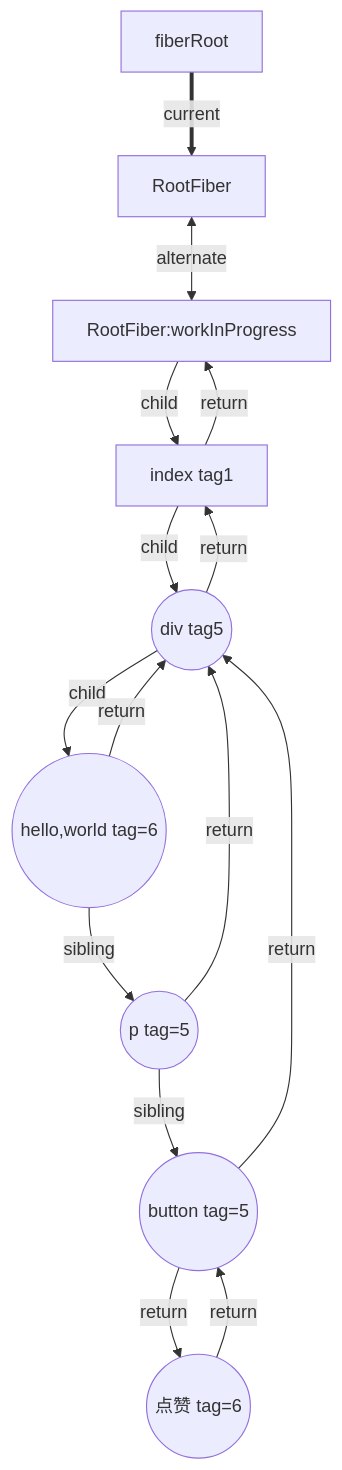
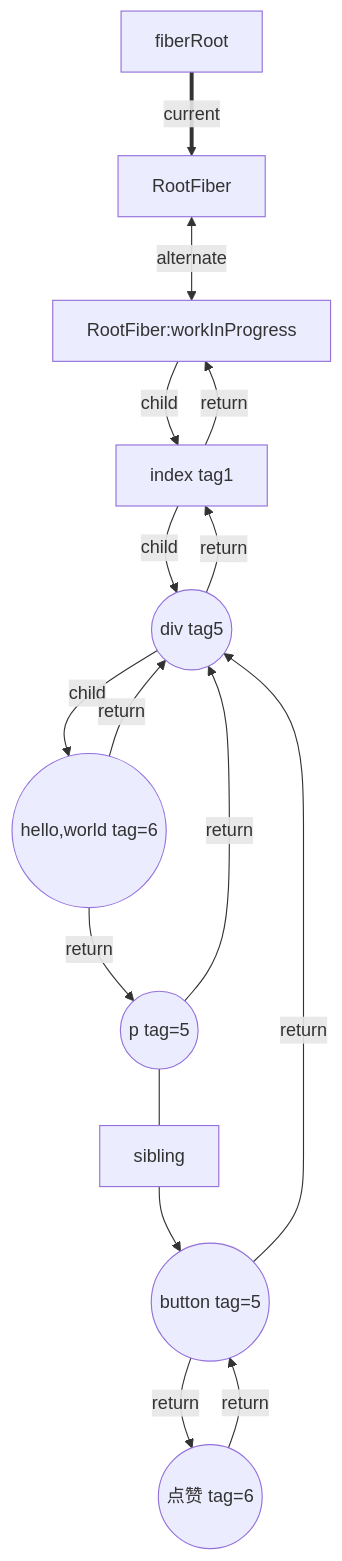
The second of 7 diagrams in 08-webpack-AST-babel/04_Ast_babel和React源码/03_Fiber更新机制/01_1_fiber概念.md (huiruo/code-record-manual), drawn with Mermaid before and after one commit. The commit also changed other lines of this file and 5 other files, not shown here.

Commit message:
feat: 流程图

````diff
--- a/08-webpack-AST-babel/04_Ast_babel和React源码/03_Fiber更新机制/01_1_fiber概念.md
+++ b/08-webpack-AST-babel/04_Ast_babel和React源码/03_Fiber更新机制/01_1_fiber概念.md
@@ -146,24 +189,24 @@
 ```mermaid
 %% graph TD
 %% graph LR
 %% flowchart  LR
 flowchart  TD
 1[fiberRoot]==current==>2[RootFiber]
 
-2 <-->|alternate| RootFiber[RootFiber:workInProgress] -->|child| 4index[index tag1] --child--> div((div tag5)) --> |child|hello((hello,world tag=6))
+2 <--alternate--> RootFiber[RootFiber:workInProgress] --child--> 4index[index tag1] --child--> div((div tag5)) --child--> hello((hello,world tag=6))
 
-p((p tag=5)) -->|sibling| button((button tag=5))-->|return|点赞((点赞 tag=6))
+p((p tag=5)) ---sibling--> button((button tag=5))--return-->点赞((点赞 tag=6))
 
 %% RootFiber -->|alternate| 2
-4index -->|return| RootFiber
-div -->|return| 4index
-hello -->|return| div
-hello -->|sibling| p
+4index --return--> RootFiber
+div --return--> 4index
+hello --return--> div
+hello --return--> p
 
-点赞 -->|return| button
-button -->|return| div
-p -->|return| div
+点赞 --return--> button
+button --return--> div
+p --return--> div
 
-%% div -->|child| button
-%% div -->|child| p
+%% div --child--> button
+%% div --child--> p
 ```
````
